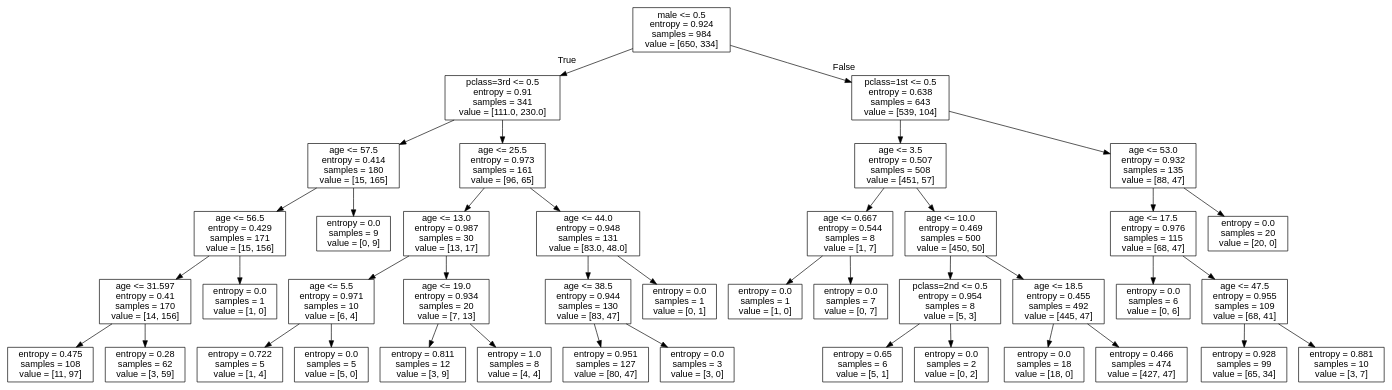
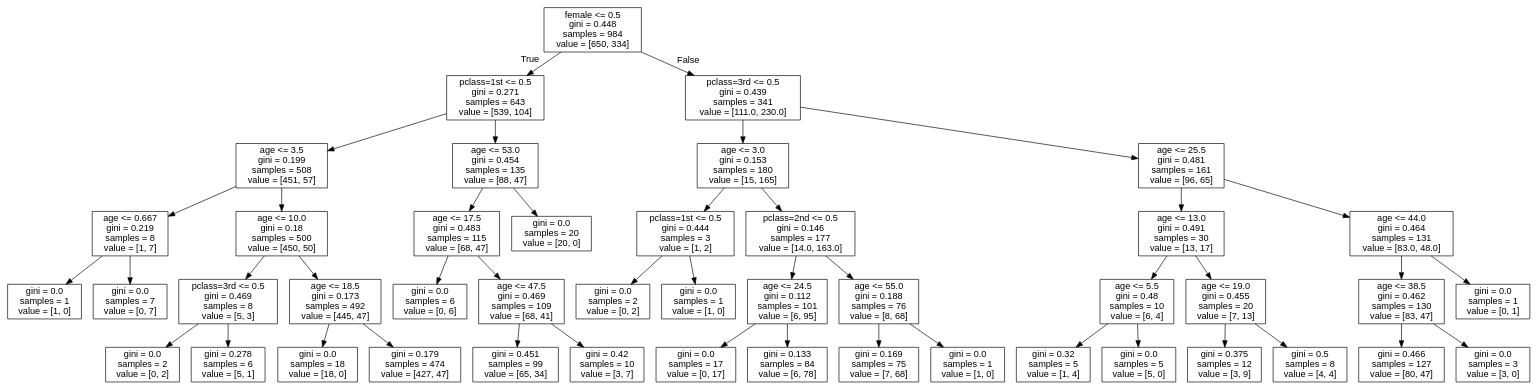
The diagram in HelloWorld/day14+day15/tree.dot (shine214/project1), drawn with Graphviz before and after one commit. The commit also changed 1 other file, not shown here.

```diff
--- a/HelloWorld/day14+day15/tree.dot
+++ b/HelloWorld/day14+day15/tree.dot
@@ -1,85 +1,93 @@
 digraph Tree {
 node [shape=box, fontname="helvetica"] ;
 edge [fontname="helvetica"] ;
-0 [label="male <= 0.5\nentropy = 0.924\nsamples = 984\nvalue = [650, 334]"] ;
-1 [label="pclass=3rd <= 0.5\nentropy = 0.91\nsamples = 341\nvalue = [111.0, 230.0]"] ;
+0 [label="female <= 0.5\ngini = 0.448\nsamples = 984\nvalue = [650, 334]"] ;
+1 [label="pclass=1st <= 0.5\ngini = 0.271\nsamples = 643\nvalue = [539, 104]"] ;
 0 -> 1 [labeldistance=2.5, labelangle=45, headlabel="True"] ;
-2 [label="age <= 57.5\nentropy = 0.414\nsamples = 180\nvalue = [15, 165]"] ;
+2 [label="age <= 3.5\ngini = 0.199\nsamples = 508\nvalue = [451, 57]"] ;
 1 -> 2 ;
-3 [label="age <= 56.5\nentropy = 0.429\nsamples = 171\nvalue = [15, 156]"] ;
+3 [label="age <= 0.667\ngini = 0.219\nsamples = 8\nvalue = [1, 7]"] ;
 2 -> 3 ;
-4 [label="age <= 31.597\nentropy = 0.41\nsamples = 170\nvalue = [14, 156]"] ;
+4 [label="gini = 0.0\nsamples = 1\nvalue = [1, 0]"] ;
 3 -> 4 ;
-5 [label="entropy = 0.475\nsamples = 108\nvalue = [11, 97]"] ;
-4 -> 5 ;
-6 [label="entropy = 0.28\nsamples = 62\nvalue = [3, 59]"] ;
-4 -> 6 ;
-7 [label="entropy = 0.0\nsamples = 1\nvalue = [1, 0]"] ;
-3 -> 7 ;
-8 [label="entropy = 0.0\nsamples = 9\nvalue = [0, 9]"] ;
-2 -> 8 ;
-9 [label="age <= 25.5\nentropy = 0.973\nsamples = 161\nvalue = [96, 65]"] ;
-1 -> 9 ;
-10 [label="age <= 13.0\nentropy = 0.987\nsamples = 30\nvalue = [13, 17]"] ;
-9 -> 10 ;
-11 [label="age <= 5.5\nentropy = 0.971\nsamples = 10\nvalue = [6, 4]"] ;
+5 [label="gini = 0.0\nsamples = 7\nvalue = [0, 7]"] ;
+3 -> 5 ;
+6 [label="age <= 10.0\ngini = 0.18\nsamples = 500\nvalue = [450, 50]"] ;
+2 -> 6 ;
+7 [label="pclass=3rd <= 0.5\ngini = 0.469\nsamples = 8\nvalue = [5, 3]"] ;
+6 -> 7 ;
+8 [label="gini = 0.0\nsamples = 2\nvalue = [0, 2]"] ;
+7 -> 8 ;
+9 [label="gini = 0.278\nsamples = 6\nvalue = [5, 1]"] ;
+7 -> 9 ;
+10 [label="age <= 18.5\ngini = 0.173\nsamples = 492\nvalue = [445, 47]"] ;
+6 -> 10 ;
+11 [label="gini = 0.0\nsamples = 18\nvalue = [18, 0]"] ;
 10 -> 11 ;
-12 [label="entropy = 0.722\nsamples = 5\nvalue = [1, 4]"] ;
-11 -> 12 ;
-13 [label="entropy = 0.0\nsamples = 5\nvalue = [5, 0]"] ;
-11 -> 13 ;
-14 [label="age <= 19.0\nentropy = 0.934\nsamples = 20\nvalue = [7, 13]"] ;
-10 -> 14 ;
-15 [label="entropy = 0.811\nsamples = 12\nvalue = [3, 9]"] ;
+12 [label="gini = 0.179\nsamples = 474\nvalue = [427, 47]"] ;
+10 -> 12 ;
+13 [label="age <= 53.0\ngini = 0.454\nsamples = 135\nvalue = [88, 47]"] ;
+1 -> 13 ;
+14 [label="age <= 17.5\ngini = 0.483\nsamples = 115\nvalue = [68, 47]"] ;
+13 -> 14 ;
+15 [label="gini = 0.0\nsamples = 6\nvalue = [0, 6]"] ;
 14 -> 15 ;
-16 [label="entropy = 1.0\nsamples = 8\nvalue = [4, 4]"] ;
+16 [label="age <= 47.5\ngini = 0.469\nsamples = 109\nvalue = [68, 41]"] ;
 14 -> 16 ;
-17 [label="age <= 44.0\nentropy = 0.948\nsamples = 131\nvalue = [83.0, 48.0]"] ;
-9 -> 17 ;
-18 [label="age <= 38.5\nentropy = 0.944\nsamples = 130\nvalue = [83, 47]"] ;
-17 -> 18 ;
-19 [label="entropy = 0.951\nsamples = 127\nvalue = [80, 47]"] ;
-18 -> 19 ;
-20 [label="entropy = 0.0\nsamples = 3\nvalue = [3, 0]"] ;
-18 -> 20 ;
-21 [label="entropy = 0.0\nsamples = 1\nvalue = [0, 1]"] ;
-17 -> 21 ;
-22 [label="pclass=1st <= 0.5\nentropy = 0.638\nsamples = 643\nvalue = [539, 104]"] ;
-0 -> 22 [labeldistance=2.5, labelangle=-45, headlabel="False"] ;
-23 [label="age <= 3.5\nentropy = 0.507\nsamples = 508\nvalue = [451, 57]"] ;
+17 [label="gini = 0.451\nsamples = 99\nvalue = [65, 34]"] ;
+16 -> 17 ;
+18 [label="gini = 0.42\nsamples = 10\nvalue = [3, 7]"] ;
+16 -> 18 ;
+19 [label="gini = 0.0\nsamples = 20\nvalue = [20, 0]"] ;
+13 -> 19 ;
+20 [label="pclass=3rd <= 0.5\ngini = 0.439\nsamples = 341\nvalue = [111.0, 230.0]"] ;
+0 -> 20 [labeldistance=2.5, labelangle=-45, headlabel="False"] ;
+21 [label="age <= 3.0\ngini = 0.153\nsamples = 180\nvalue = [15, 165]"] ;
+20 -> 21 ;
+22 [label="pclass=1st <= 0.5\ngini = 0.444\nsamples = 3\nvalue = [1, 2]"] ;
+21 -> 22 ;
+23 [label="gini = 0.0\nsamples = 2\nvalue = [0, 2]"] ;
 22 -> 23 ;
-24 [label="age <= 0.667\nentropy = 0.544\nsamples = 8\nvalue = [1, 7]"] ;
-23 -> 24 ;
-25 [label="entropy = 0.0\nsamples = 1\nvalue = [1, 0]"] ;
-24 -> 25 ;
-26 [label="entropy = 0.0\nsamples = 7\nvalue = [0, 7]"] ;
-24 -> 26 ;
-27 [label="age <= 10.0\nentropy = 0.469\nsamples = 500\nvalue = [450, 50]"] ;
-23 -> 27 ;
-28 [label="pclass=2nd <= 0.5\nentropy = 0.954\nsamples = 8\nvalue = [5, 3]"] ;
-27 -> 28 ;
-29 [label="entropy = 0.65\nsamples = 6\nvalue = [5, 1]"] ;
-28 -> 29 ;
-30 [label="entropy = 0.0\nsamples = 2\nvalue = [0, 2]"] ;
-28 -> 30 ;
-31 [label="age <= 18.5\nentropy = 0.455\nsamples = 492\nvalue = [445, 47]"] ;
-27 -> 31 ;
-32 [label="entropy = 0.0\nsamples = 18\nvalue = [18, 0]"] ;
-31 -> 32 ;
-33 [label="entropy = 0.466\nsamples = 474\nvalue = [427, 47]"] ;
-31 -> 33 ;
-34 [label="age <= 53.0\nentropy = 0.932\nsamples = 135\nvalue = [88, 47]"] ;
-22 -> 34 ;
-35 [label="age <= 17.5\nentropy = 0.976\nsamples = 115\nvalue = [68, 47]"] ;
+24 [label="gini = 0.0\nsamples = 1\nvalue = [1, 0]"] ;
+22 -> 24 ;
+25 [label="pclass=2nd <= 0.5\ngini = 0.146\nsamples = 177\nvalue = [14.0, 163.0]"] ;
+21 -> 25 ;
+26 [label="age <= 24.5\ngini = 0.112\nsamples = 101\nvalue = [6, 95]"] ;
+25 -> 26 ;
+27 [label="gini = 0.0\nsamples = 17\nvalue = [0, 17]"] ;
+26 -> 27 ;
+28 [label="gini = 0.133\nsamples = 84\nvalue = [6, 78]"] ;
+26 -> 28 ;
+29 [label="age <= 55.0\ngini = 0.188\nsamples = 76\nvalue = [8, 68]"] ;
+25 -> 29 ;
+30 [label="gini = 0.169\nsamples = 75\nvalue = [7, 68]"] ;
+29 -> 30 ;
+31 [label="gini = 0.0\nsamples = 1\nvalue = [1, 0]"] ;
+29 -> 31 ;
+32 [label="age <= 25.5\ngini = 0.481\nsamples = 161\nvalue = [96, 65]"] ;
+20 -> 32 ;
+33 [label="age <= 13.0\ngini = 0.491\nsamples = 30\nvalue = [13, 17]"] ;
+32 -> 33 ;
+34 [label="age <= 5.5\ngini = 0.48\nsamples = 10\nvalue = [6, 4]"] ;
+33 -> 34 ;
+35 [label="gini = 0.32\nsamples = 5\nvalue = [1, 4]"] ;
 34 -> 35 ;
-36 [label="entropy = 0.0\nsamples = 6\nvalue = [0, 6]"] ;
-35 -> 36 ;
-37 [label="age <= 47.5\nentropy = 0.955\nsamples = 109\nvalue = [68, 41]"] ;
-35 -> 37 ;
-38 [label="entropy = 0.928\nsamples = 99\nvalue = [65, 34]"] ;
+36 [label="gini = 0.0\nsamples = 5\nvalue = [5, 0]"] ;
+34 -> 36 ;
+37 [label="age <= 19.0\ngini = 0.455\nsamples = 20\nvalue = [7, 13]"] ;
+33 -> 37 ;
+38 [label="gini = 0.375\nsamples = 12\nvalue = [3, 9]"] ;
 37 -> 38 ;
-39 [label="entropy = 0.881\nsamples = 10\nvalue = [3, 7]"] ;
+39 [label="gini = 0.5\nsamples = 8\nvalue = [4, 4]"] ;
 37 -> 39 ;
-40 [label="entropy = 0.0\nsamples = 20\nvalue = [20, 0]"] ;
-34 -> 40 ;
+40 [label="age <= 44.0\ngini = 0.464\nsamples = 131\nvalue = [83.0, 48.0]"] ;
+32 -> 40 ;
+41 [label="age <= 38.5\ngini = 0.462\nsamples = 130\nvalue = [83, 47]"] ;
+40 -> 41 ;
+42 [label="gini = 0.466\nsamples = 127\nvalue = [80, 47]"] ;
+41 -> 42 ;
+43 [label="gini = 0.0\nsamples = 3\nvalue = [3, 0]"] ;
+41 -> 43 ;
+44 [label="gini = 0.0\nsamples = 1\nvalue = [0, 1]"] ;
+40 -> 44 ;
 }
```
